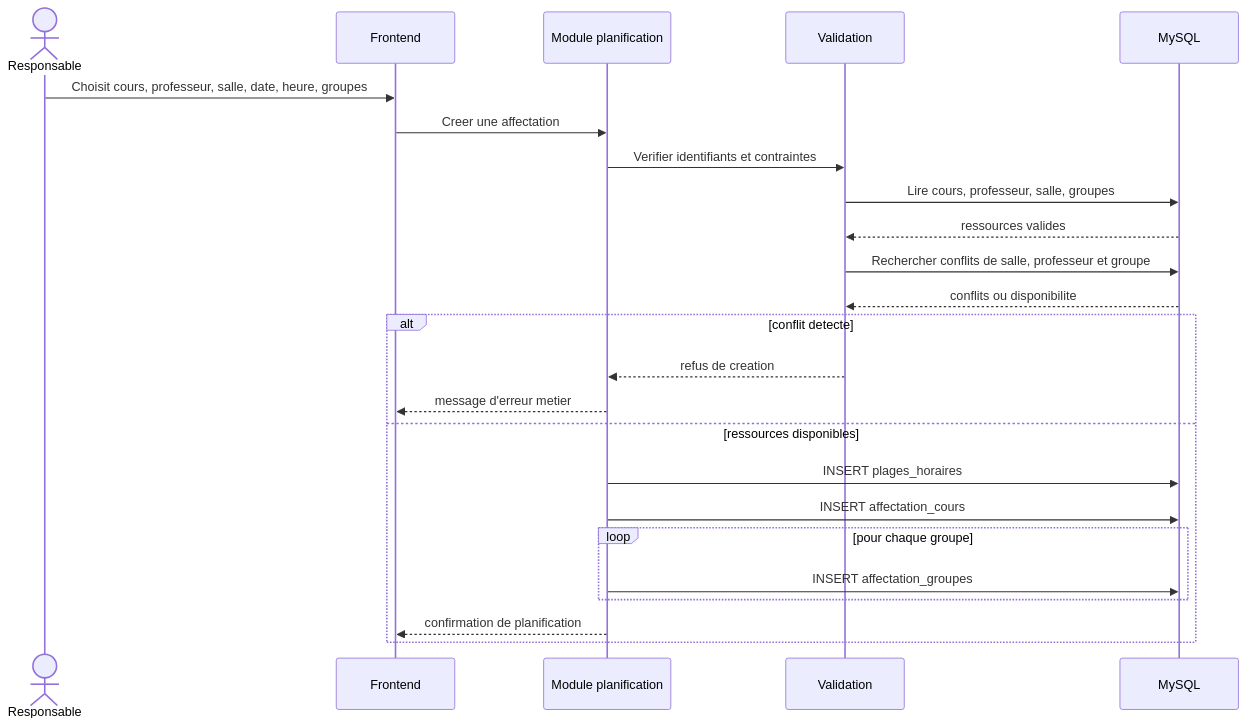
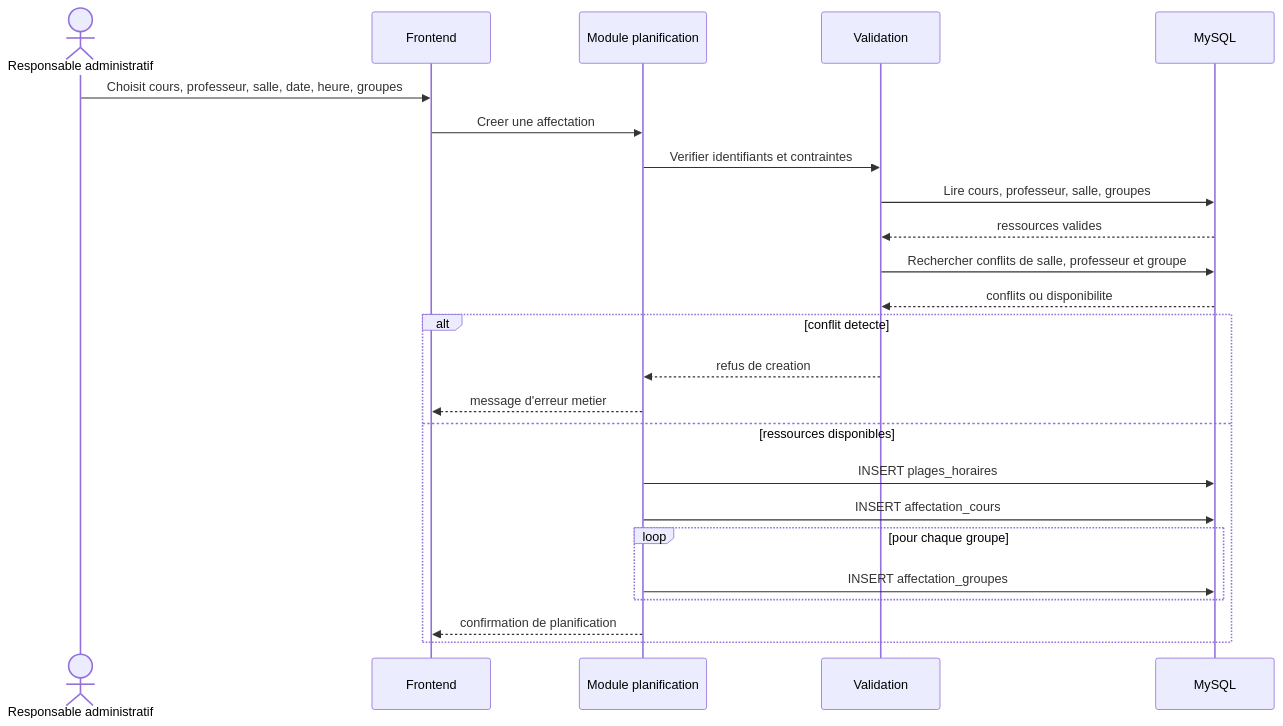
One commit to saberkara10/Horaire-5 changed the diagram in documents/diagrammes/planification-sequence.mmd. Above: the diagram before and after it, drawn with Mermaid. The commit also changed 189 other files, not shown here.

```diff
--- a/documents/diagrammes/planification-sequence.mmd
+++ b/documents/diagrammes/planification-sequence.mmd
@@ -1,26 +1,26 @@
 sequenceDiagram
-    actor Responsable
+    actor ResponsableAdministratif as Responsable administratif
     participant Frontend
     participant ModulePlanif as Module planification
     participant Validation
     participant MySQL
 
-    Responsable->>Frontend: Choisit cours, professeur, salle, date, heure, groupes
+    ResponsableAdministratif->>Frontend: Choisit cours, professeur, salle, date, heure, groupes
     Frontend->>ModulePlanif: Creer une affectation
     ModulePlanif->>Validation: Verifier identifiants et contraintes
     Validation->>MySQL: Lire cours, professeur, salle, groupes
     MySQL-->>Validation: ressources valides
     Validation->>MySQL: Rechercher conflits de salle, professeur et groupe
     MySQL-->>Validation: conflits ou disponibilite
 
     alt conflit detecte
         Validation-->>ModulePlanif: refus de creation
         ModulePlanif-->>Frontend: message d'erreur metier
     else ressources disponibles
         ModulePlanif->>MySQL: INSERT plages_horaires
         ModulePlanif->>MySQL: INSERT affectation_cours
         loop pour chaque groupe
             ModulePlanif->>MySQL: INSERT affectation_groupes
         end
         ModulePlanif-->>Frontend: confirmation de planification
     end
```
